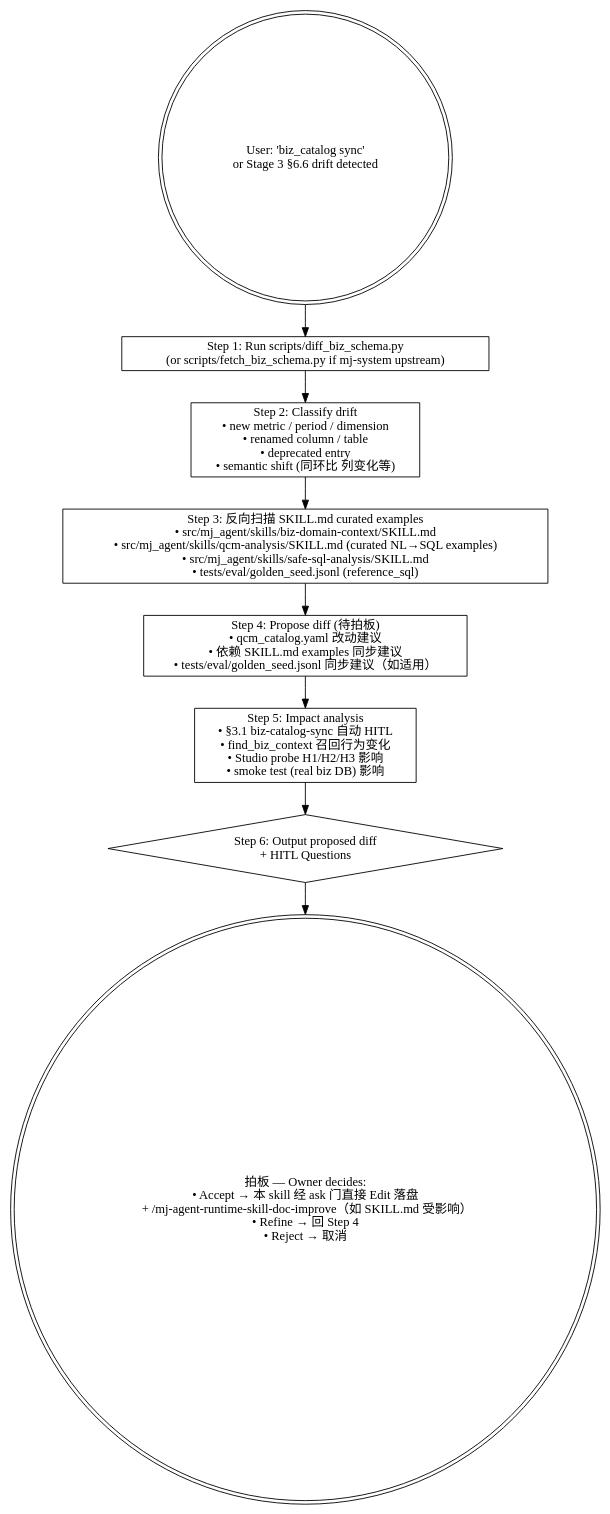
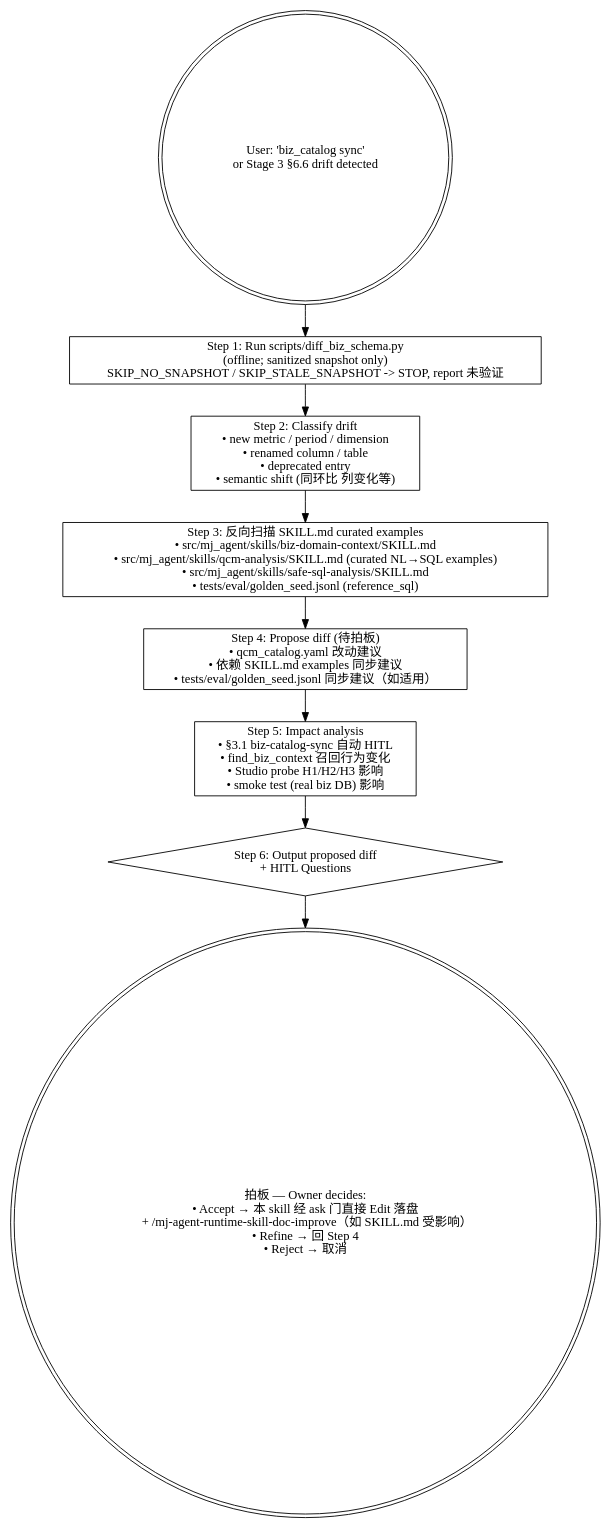
The diagram in .claude/skills/mj-agent-runtime-biz-catalog-sync/SKILL.md (MJ-AgentLab/mj-agent), drawn with Graphviz before and after one commit. The commit also changed other lines of this file and 39 other files, not shown here.

First line of the commit message:
fix: close the sanitized biz snapshot boundary

````diff
--- a/.claude/skills/mj-agent-runtime-biz-catalog-sync/SKILL.md
+++ b/.claude/skills/mj-agent-runtime-biz-catalog-sync/SKILL.md
@@ -45,22 +45,22 @@
 ```dot
 digraph sync {
   rankdir=TB;
   start [label="User: 'biz_catalog sync'\nor Stage 3 §6.6 drift detected" shape=doublecircle];
 
-  s1 [label="Step 1: Run scripts/diff_biz_schema.py\n(or scripts/fetch_biz_schema.py if mj-system upstream)" shape=box];
+  s1 [label="Step 1: Run scripts/diff_biz_schema.py\n(offline; sanitized snapshot only)\nSKIP_NO_SNAPSHOT / SKIP_STALE_SNAPSHOT -> STOP, report 未验证" shape=box];
 
   s2 [label="Step 2: Classify drift\n• new metric / period / dimension\n• renamed column / table\n• deprecated entry\n• semantic shift (同环比 列变化等)" shape=box];
 
   s3 [label="Step 3: 反向扫描 SKILL.md curated examples\n• src/mj_agent/skills/biz-domain-context/SKILL.md\n• src/mj_agent/skills/qcm-analysis/SKILL.md (curated NL→SQL examples)\n• src/mj_agent/skills/safe-sql-analysis/SKILL.md\n• tests/eval/golden_seed.jsonl (reference_sql)" shape=box];
 
   s4 [label="Step 4: Propose diff (待拍板)\n• qcm_catalog.yaml 改动建议\n• 依赖 SKILL.md examples 同步建议\n• tests/eval/golden_seed.jsonl 同步建议（如适用）" shape=box];
 
   s5 [label="Step 5: Impact analysis\n• §3.1 biz-catalog-sync 自动 HITL\n• find_biz_context 召回行为变化\n• Studio probe H1/H2/H3 影响\n• smoke test (real biz DB) 影响" shape=box];
 
   s6 [label="Step 6: Output proposed diff\n+ HITL Questions" shape=diamond];
 
   hitl [label="拍板 — Owner decides:\n• Accept → 本 skill 经 ask 门直接 Edit 落盘\n  + /mj-agent-runtime-skill-doc-improve（如 SKILL.md 受影响）\n• Refine → 回 Step 4\n• Reject → 取消" shape=doublecircle];
 
   start -> s1 -> s2 -> s3 -> s4 -> s5 -> s6 -> hitl;
 }
 ```
````
